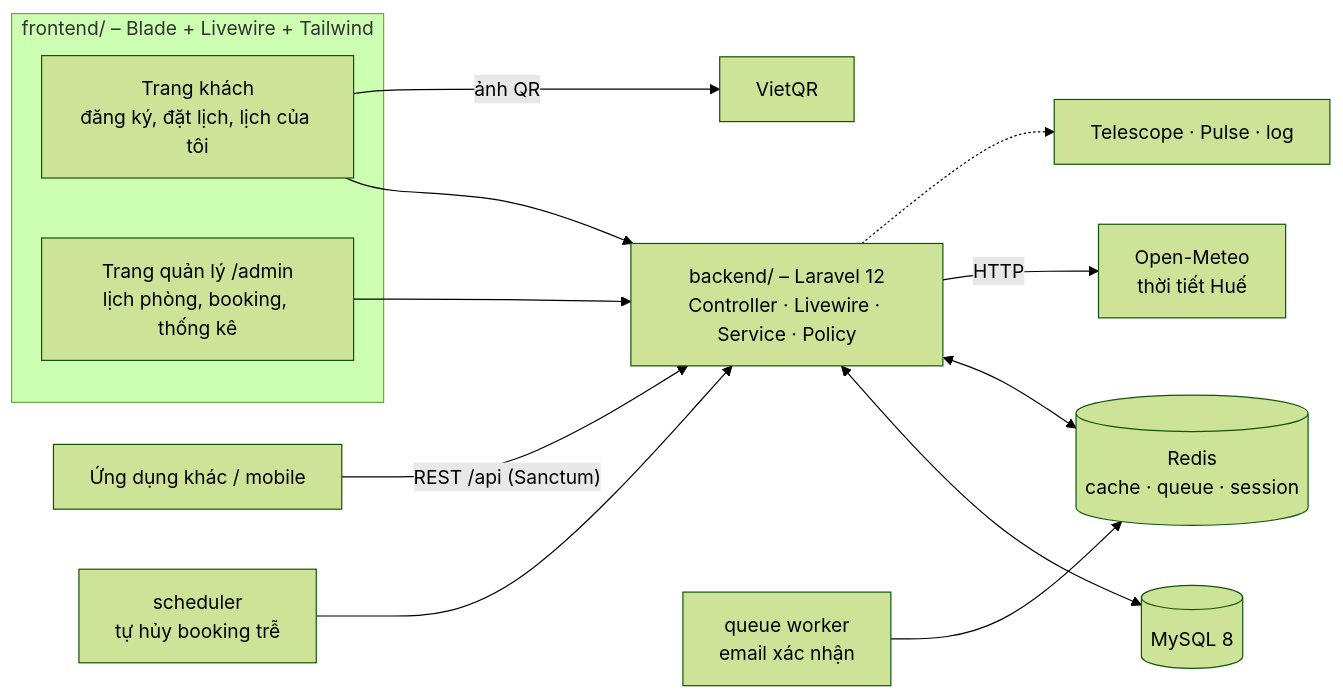
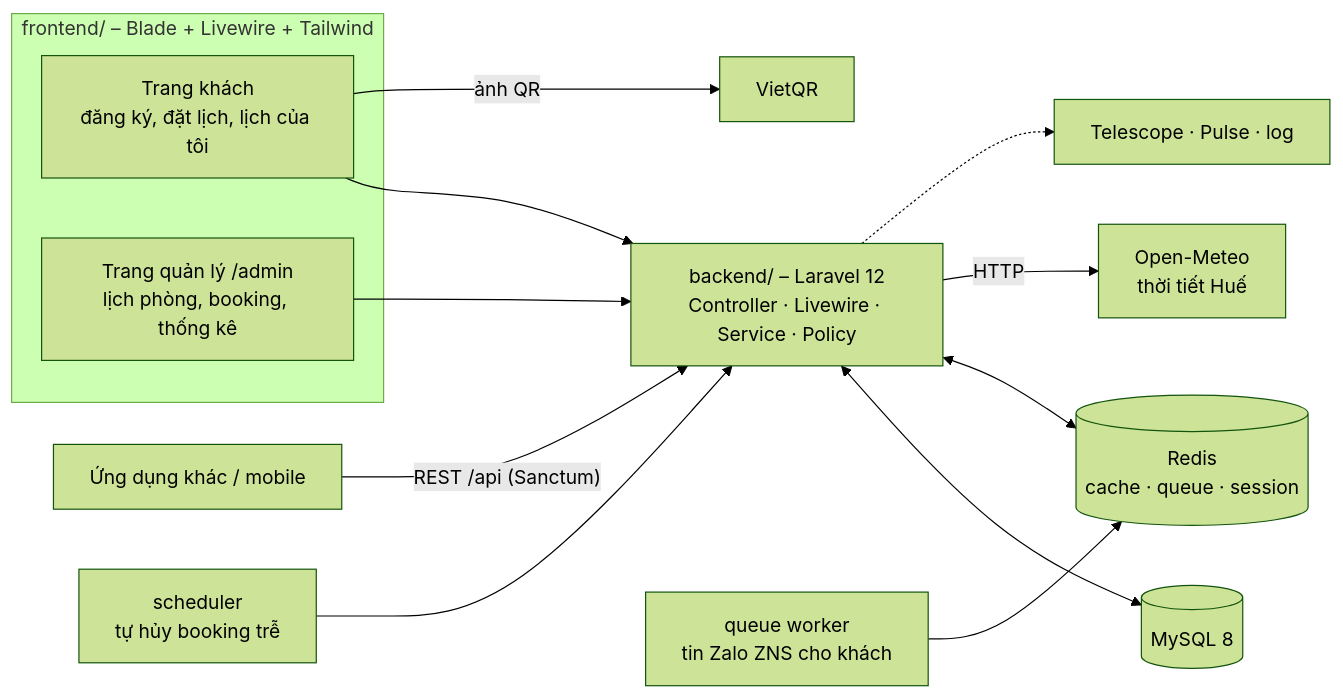
Before and after one commit to NgDuyBaoo/EM4: the diagram in docs/kien-truc.md, drawn with Mermaid (forest theme). The commit also changed 31 other files, not shown here.

First line of the commit message:
feat(notify): gửi xác nhận, nhắc giờ chụp và báo hủy lịch cho khách qua Zalo ZNS thay cho email (#50)

````diff
--- a/docs/kien-truc.md
+++ b/docs/kien-truc.md
@@ -5,17 +5,17 @@
 ```mermaid
 flowchart LR
     subgraph FE["frontend/ – Blade + Livewire + Tailwind"]
       U["Trang khách<br/>đăng ký, đặt lịch, lịch của tôi"]
       A["Trang quản lý /admin<br/>lịch phòng, booking, thống kê"]
     end
     M["Ứng dụng khác / mobile"] -->|"REST /api (Sanctum)"| L
     U --> L
     A --> L
     L["backend/ – Laravel 12<br/>Controller · Livewire · Service · Policy"] <--> DB[("MySQL 8")]
     L <--> R[("Redis<br/>cache · queue · session")]
     L -->|HTTP| OM["Open-Meteo<br/>thời tiết Huế"]
     U -->|ảnh QR| VQ["VietQR"]
-    Q["queue worker<br/>email xác nhận"] --> R
+    Q["queue worker<br/>tin Zalo ZNS cho khách"] --> R
     S["scheduler<br/>tự hủy booking trễ"] --> L
     L -.-> T["Telescope · Pulse · log"]
 ```
````
